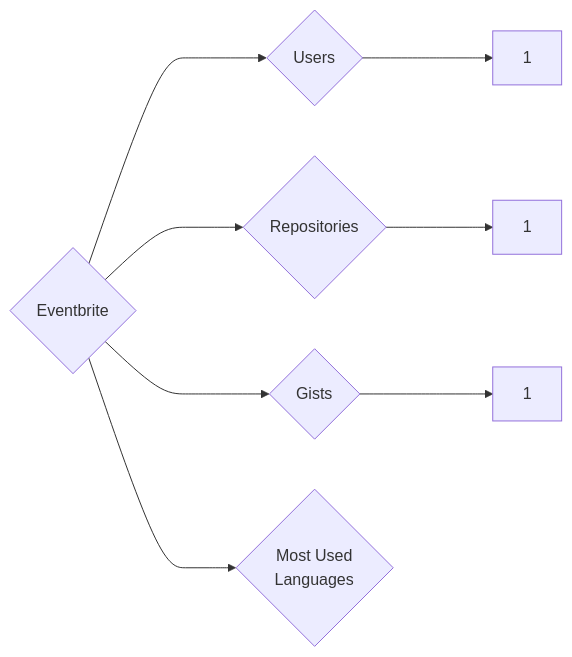
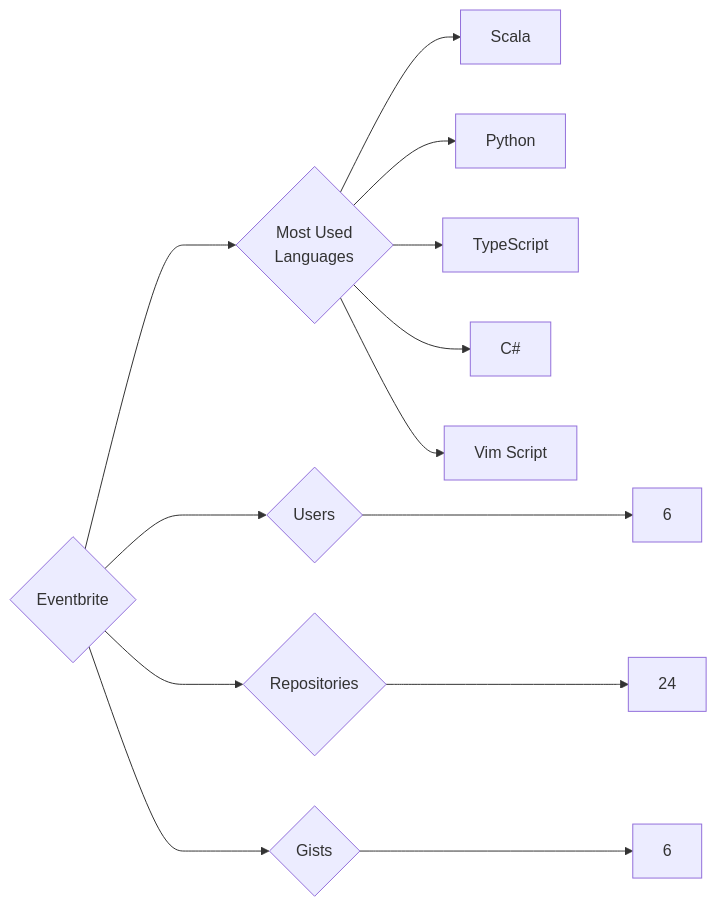
Before and after one commit to trickest/insiders: the diagram in targets/Eventbrite/README.md, drawn with Mermaid. The commit also changed 1003 other files, not shown here.

````diff
--- a/targets/Eventbrite/README.md
+++ b/targets/Eventbrite/README.md
@@ -3,8 +3,13 @@
 ```mermaid
 graph LR
 COMPANY_NAME{Eventbrite}
-COMPANY_NAME ---> U{Users} ---> UN[1]
-COMPANY_NAME ---> R{Repositories} ---> RN[1]
-COMPANY_NAME ---> G{Gists} ---> GN[1]
+COMPANY_NAME ---> U{Users} ---> UN[6]
+COMPANY_NAME ---> R{Repositories} ---> RN[24]
+COMPANY_NAME ---> G{Gists} ---> GN[6]
 COMPANY_NAME ---> ML{Most Used<br>Languages}
+ML --> Scala[Scala]
+ML --> Python[Python]
+ML --> TypeScript[TypeScript]
+ML --> C#[C#]
+ML --> Vim_Script[Vim Script]
 ```
````
